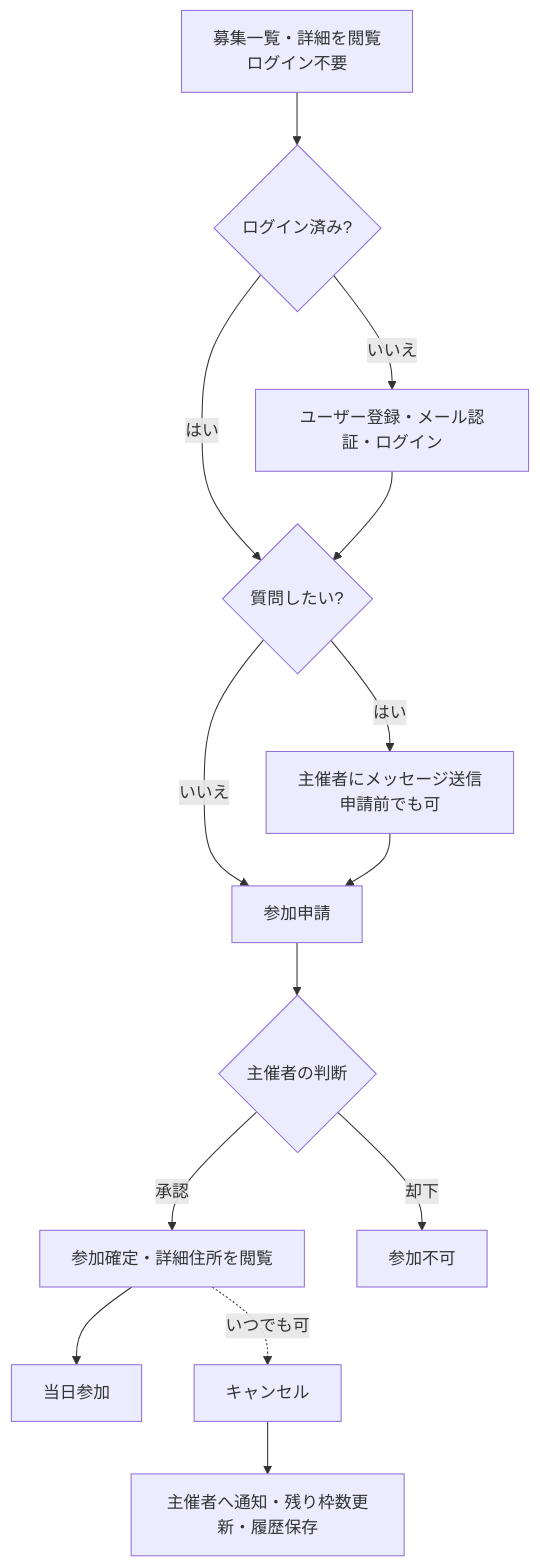
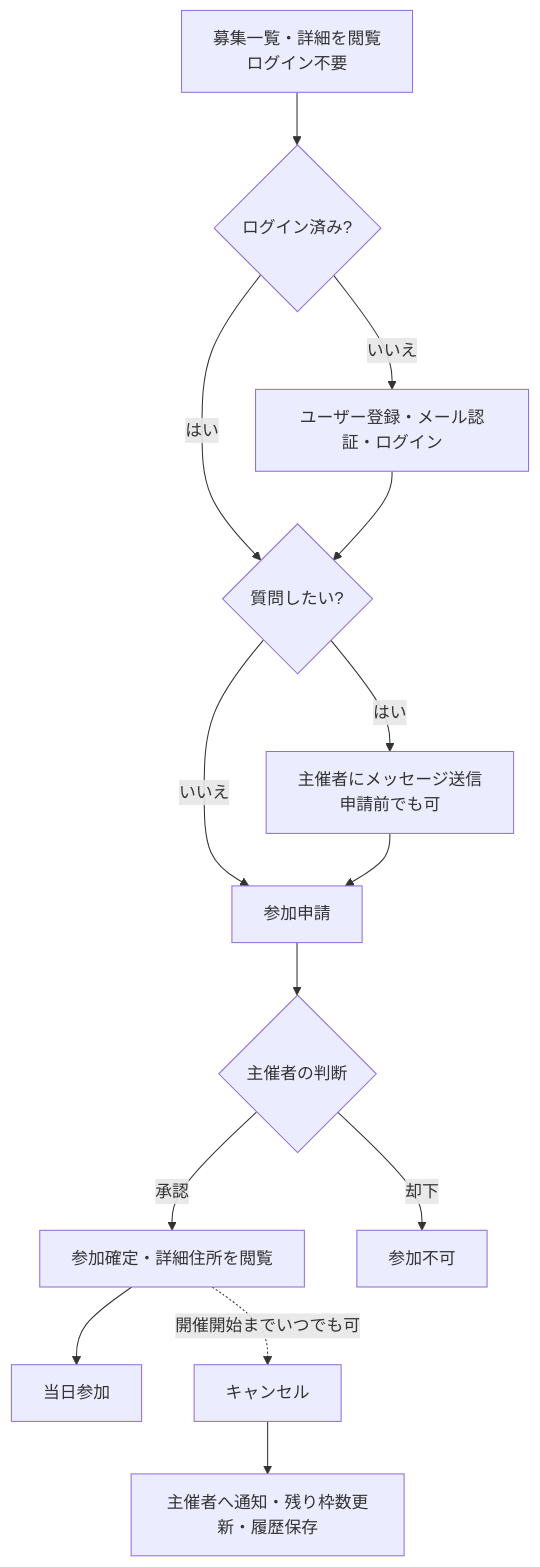
The first of 3 diagrams in docs/02_ターゲット・利用シーン.md (sysnovastudio-byte/nagoya-volleyball-matching), drawn with Mermaid before and after one commit. The commit also changed other lines of this file and 6 other files, not shown here.

````diff
--- a/docs/02_ターゲット・利用シーン.md
+++ b/docs/02_ターゲット・利用シーン.md
@@ -61,16 +61,16 @@
 ```mermaid
 flowchart TD
     A[募集一覧・詳細を閲覧<br/>ログイン不要] --> B{ログイン済み?}
     B -- いいえ --> C[ユーザー登録・メール認証・ログイン]
     B -- はい --> D{質問したい?}
     C --> D
     D -- はい --> E[主催者にメッセージ送信<br/>申請前でも可]
     D -- いいえ --> F[参加申請]
     E --> F
     F --> G{主催者の判断}
     G -- 承認 --> H[参加確定・詳細住所を閲覧]
     G -- 却下 --> I[参加不可]
     H --> J[当日参加]
-    H -. いつでも可 .-> K[キャンセル]
+    H -. 開催開始までいつでも可 .-> K[キャンセル]
     K --> L[主催者へ通知・残り枠数更新・履歴保存]
 ```
````
